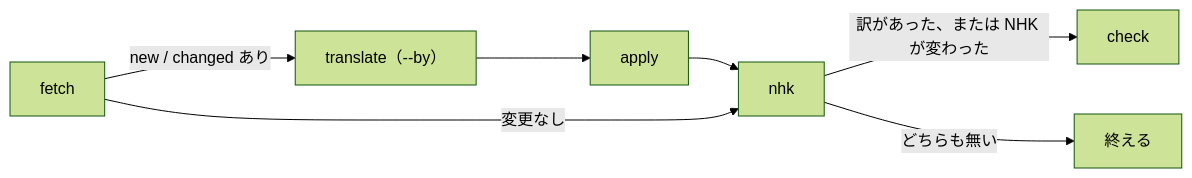
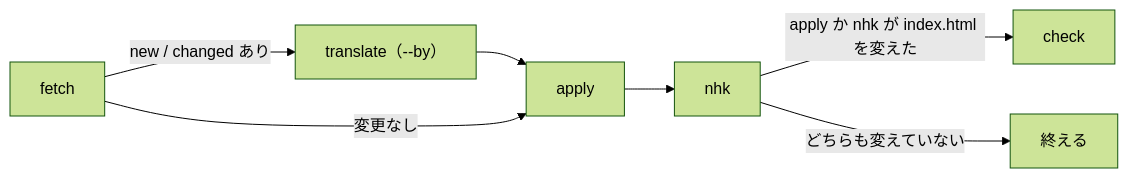
One commit to ytani01/jp-long-typing changed the first of 2 diagrams in docs/update-release-notes.md. Above: the diagram before and after it, drawn with Mermaid (forest theme). The commit also changed other lines of this file and 14 other files, not shown here.

````diff
--- a/docs/update-release-notes.md
+++ b/docs/update-release-notes.md
@@ -54,7 +57,8 @@
 ```mermaid
 flowchart LR
-  A[fetch] -->|new / changed あり| C["translate（--by）"] --> D[apply] --> N[nhk]
-  A -->|変更なし| N
-  N -->|訳があった、または NHK が変わった| E[check]
-  N -->|どちらも無い| Z[終える]
+  A[fetch] -->|new / changed あり| C["translate（--by）"] --> D[apply]
+  A -->|変更なし| D
+  D --> N[nhk]
+  N -->|apply か nhk が index.html を変えた| E[check]
+  N -->|どちらも変えていない| Z[終える]
 ```
````
